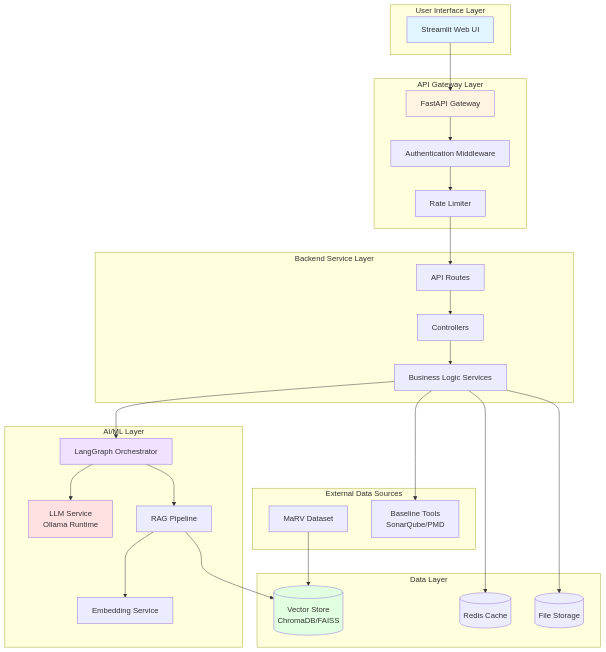
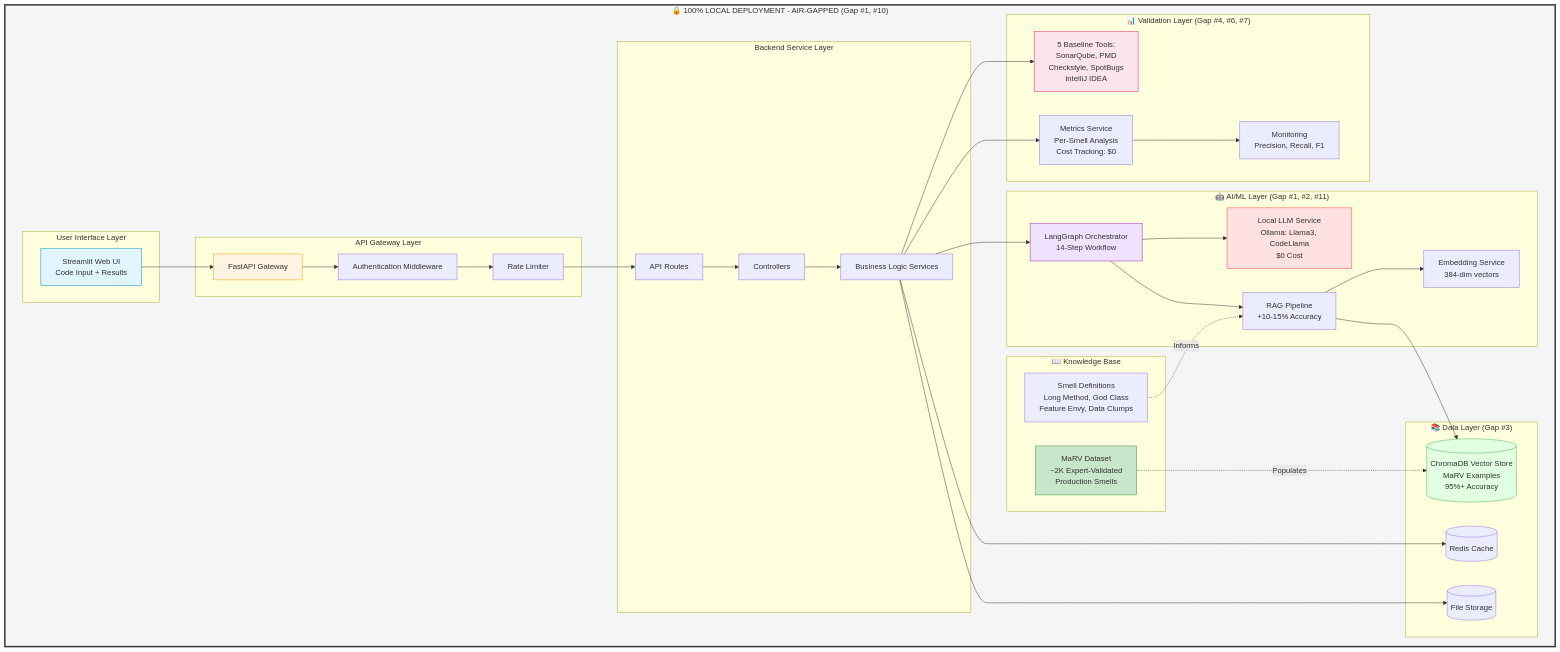
The first of 8 diagrams in docs/architecture/SYSTEM_ARCHITECTURE.md (bibekgupta3333/code-smell), drawn with Mermaid before and after one commit. The commit also changed other lines of this file and 3 other files, not shown here.

Commit message:
updating architecture documentation

````diff
--- a/docs/architecture/SYSTEM_ARCHITECTURE.md
+++ b/docs/architecture/SYSTEM_ARCHITECTURE.md
@@ -11,58 +31,72 @@
 ```mermaid
 graph TB
-    subgraph "User Interface Layer"
-        UI[Streamlit Web UI]
-    end
-    
-    subgraph "API Gateway Layer"
-        API[FastAPI Gateway]
-        Auth[Authentication Middleware]
-        RateLimit[Rate Limiter]
-    end
-    
-    subgraph "Backend Service Layer"
-        Router[API Routes]
-        Controller[Controllers]
-        Service[Business Logic Services]
-    end
-    
-    subgraph "AI/ML Layer"
-        LLM[LLM Service<br/>Ollama Runtime]
-        RAG[RAG Pipeline]
-        LG[LangGraph Orchestrator]
-        Embed[Embedding Service]
-    end
-    
-    subgraph "Data Layer"
-        VectorDB[(Vector Store<br/>ChromaDB/FAISS)]
-        Cache[(Redis Cache)]
-        FileStore[(File Storage)]
-    end
-    
-    subgraph "External Data Sources"
-        Dataset[MaRV Dataset]
-        Baseline[Baseline Tools<br/>SonarQube/PMD]
+    subgraph Privacy["🔒 100% LOCAL DEPLOYMENT - AIR-GAPPED (Gap #1, #10)"]
+        subgraph UI_Layer["User Interface Layer"]
+            UI[Streamlit Web UI<br/>Code Input + Results]
+        end
+        
+        subgraph API_Layer["API Gateway Layer"]
+            API[FastAPI Gateway]
+            Auth[Authentication Middleware]
+            RateLimit[Rate Limiter]
+        end
+        
+        subgraph Service_Layer["Backend Service Layer"]
+            Router[API Routes]
+            Controller[Controllers]
+            Service[Business Logic Services]
+        end
+        
+        subgraph AI_Layer["🤖 AI/ML Layer (Gap #1, #2, #11)"]
+            LLM[Local LLM Service<br/>Ollama: Llama3, CodeLlama<br/>$0 Cost]
+            RAG[RAG Pipeline<br/>+10-15% Accuracy]
+            LG[LangGraph Orchestrator<br/>14-Step Workflow]
+            Embed[Embedding Service<br/>384-dim vectors]
+        end
+        
+        subgraph Data_Layer["📚 Data Layer (Gap #3)"]
+            VectorDB[(ChromaDB Vector Store<br/>MaRV Examples<br/>95%+ Accuracy)]
+            Cache[(Redis Cache)]
+            FileStore[(File Storage)]
+        end
+        
+        subgraph Knowledge["📖 Knowledge Base"]
+            Dataset[MaRV Dataset<br/>~2K Expert-Validated<br/>Production Smells]
+            SmellDefs[Smell Definitions<br/>Long Method, God Class<br/>Feature Envy, Data Clumps]
+        end
+        
+        subgraph Validation["📊 Validation Layer (Gap #4, #6, #7)"]
+            Baselines[5 Baseline Tools:<br/>SonarQube, PMD<br/>Checkstyle, SpotBugs<br/>IntelliJ IDEA]
+            Metrics[Metrics Service<br/>Per-Smell Analysis<br/>Cost Tracking: $0]
+            Monitor[Monitoring<br/>Precision, Recall, F1]
+        end
     end
     
     UI --> API
     API --> Auth
     Auth --> RateLimit
     RateLimit --> Router
     Router --> Controller
     Controller --> Service
     Service --> LG
     LG --> LLM
     LG --> RAG
     RAG --> Embed
     RAG --> VectorDB
     Service --> Cache
     Service --> FileStore
-    Dataset --> VectorDB
-    Service --> Baseline
+    Dataset -.->|Populates| VectorDB
+    SmellDefs -.->|Informs| RAG
+    Service --> Baselines
+    Service --> Metrics
+    Metrics --> Monitor
     
-    style UI fill:#e1f5ff
-    style API fill:#fff4e1
-    style LLM fill:#ffe1e1
-    style VectorDB fill:#e1ffe1
-    style LG fill:#f0e1ff
+    style Privacy fill:#f5f5f5,stroke:#333,stroke-width:3px
+    style UI fill:#e1f5ff,stroke:#0288d1
+    style API fill:#fff4e1,stroke:#ff9800
+    style LLM fill:#ffe1e1,stroke:#f44336
+    style VectorDB fill:#e1ffe1,stroke:#4caf50
+    style LG fill:#f0e1ff,stroke:#9c27b0
+    style Dataset fill:#c8e6c9,stroke:#388e3c
+    style Baselines fill:#fce4ec,stroke:#e91e63
 ```
````
